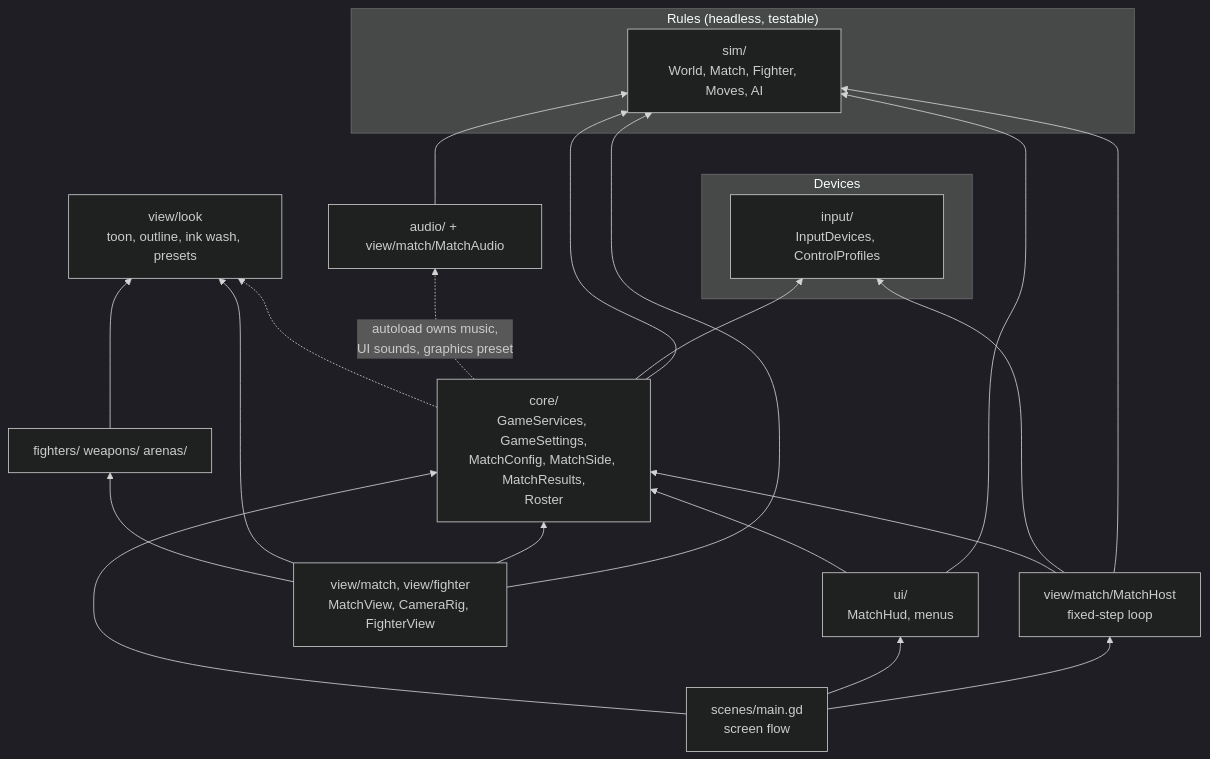
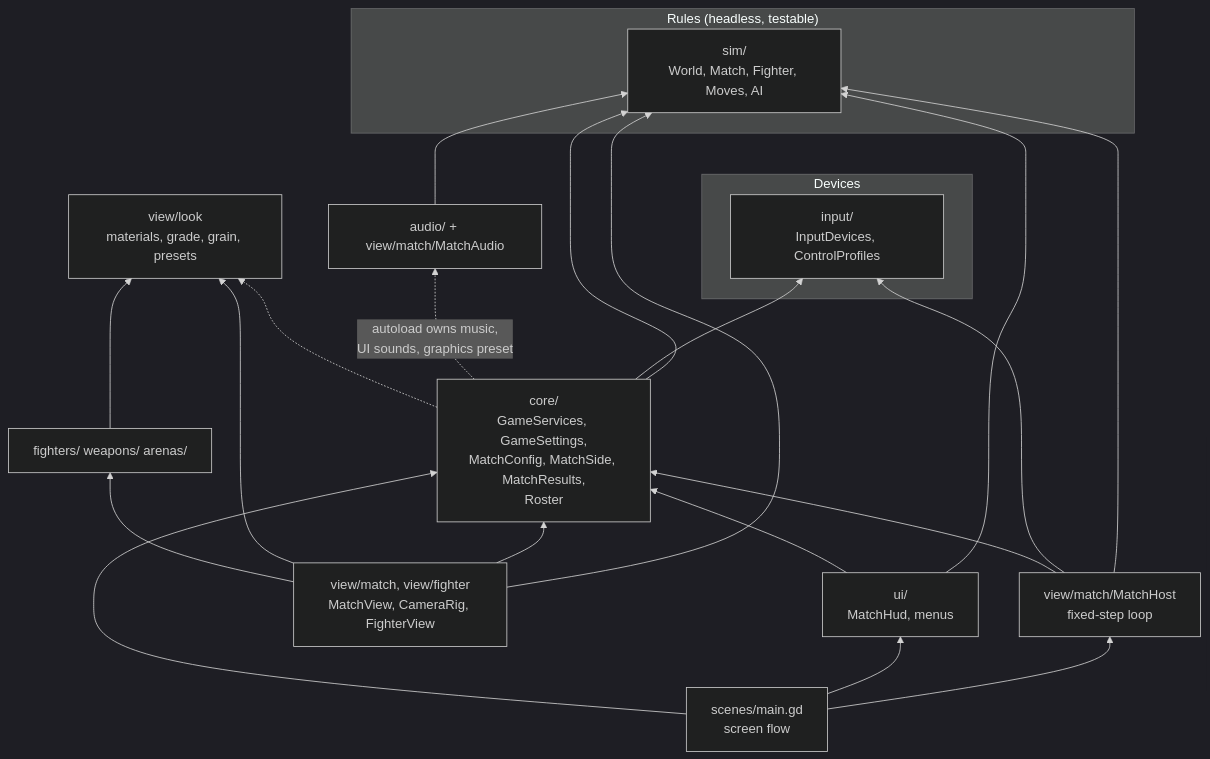
One commit to Arod231/monomachia changed the third of 22 diagrams in docs/architecture.md. Above: the diagram before and after it, drawn with Mermaid (dark theme). The commit also changed other lines of this file and 106 other files, not shown here.

First line of the commit message:
Replace the toon look with physically based materials and the grade (M1 task 43)

````diff
--- a/docs/architecture.md
+++ b/docs/architecture.md
@@ -108,36 +108,36 @@
 ```mermaid
 flowchart BT
     subgraph RULES["Rules (headless, testable)"]
         SIM["sim/<br/>World, Match, Fighter, Moves, AI"]
     end
     subgraph DEVICES["Devices"]
         INPUT["input/<br/>InputDevices, ControlProfiles"]
     end
     CORE["core/<br/>GameServices, GameSettings,<br/>MatchConfig, MatchSide, MatchResults,<br/>Roster"]
     HOST["view/match/MatchHost<br/>fixed-step loop"]
     VIEW["view/match, view/fighter<br/>MatchView, CameraRig, FighterView"]
-    LOOK["view/look<br/>toon, outline, ink wash, presets"]
+    LOOK["view/look<br/>materials, grade, grain, presets"]
     AUDIO["audio/ + view/match/MatchAudio"]
     UI["ui/<br/>MatchHud, menus"]
     MAIN["scenes/main.gd<br/>screen flow"]
     CONTENT["fighters/ weapons/ arenas/"]
 
     CORE --> SIM
     CORE --> INPUT
     HOST --> SIM
     HOST --> INPUT
     HOST --> CORE
     VIEW --> SIM
     VIEW --> CORE
     VIEW --> LOOK
     VIEW --> CONTENT
     CONTENT --> LOOK
     AUDIO --> SIM
     UI --> SIM
     UI --> CORE
     MAIN --> HOST
     MAIN --> UI
     MAIN --> CORE
     CORE -. "autoload owns music,<br/>UI sounds, graphics preset" .-> AUDIO
     CORE -.-> LOOK
 ```
````
